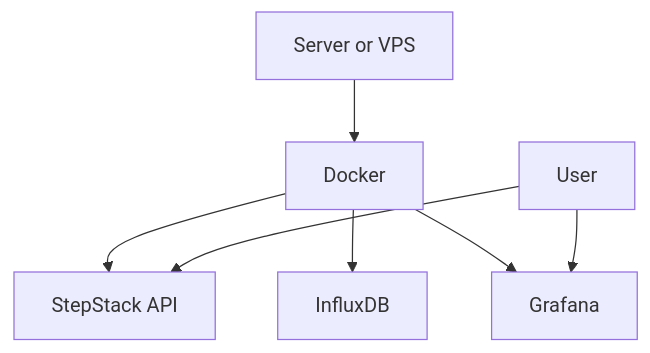
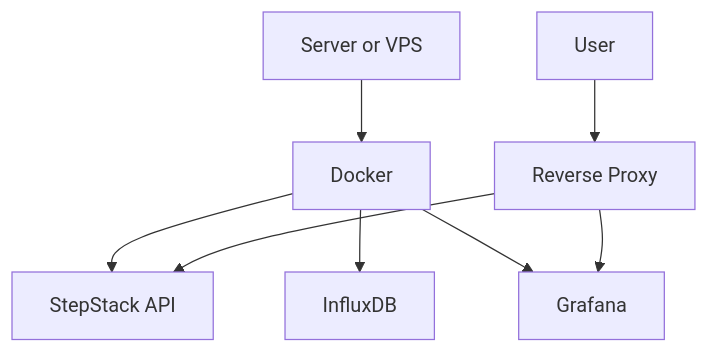
Before and after one commit to nikoswu/StepStack: the fifth of 5 diagrams in README.md, drawn with Mermaid. The commit also changed other lines of this file, not shown here.

````diff
--- a/README.md
+++ b/README.md
@@ -442,10 +483,11 @@
 ```mermaid
 flowchart TD
     A[Server or VPS] --> B[Docker]
     B --> C[StepStack API]
     B --> D[InfluxDB]
     B --> E[Grafana]
 
-    U[User] --> C
-    U --> E
+    U[User] --> F[Reverse Proxy]
+    F --> C
+    F --> E
 ```
````
